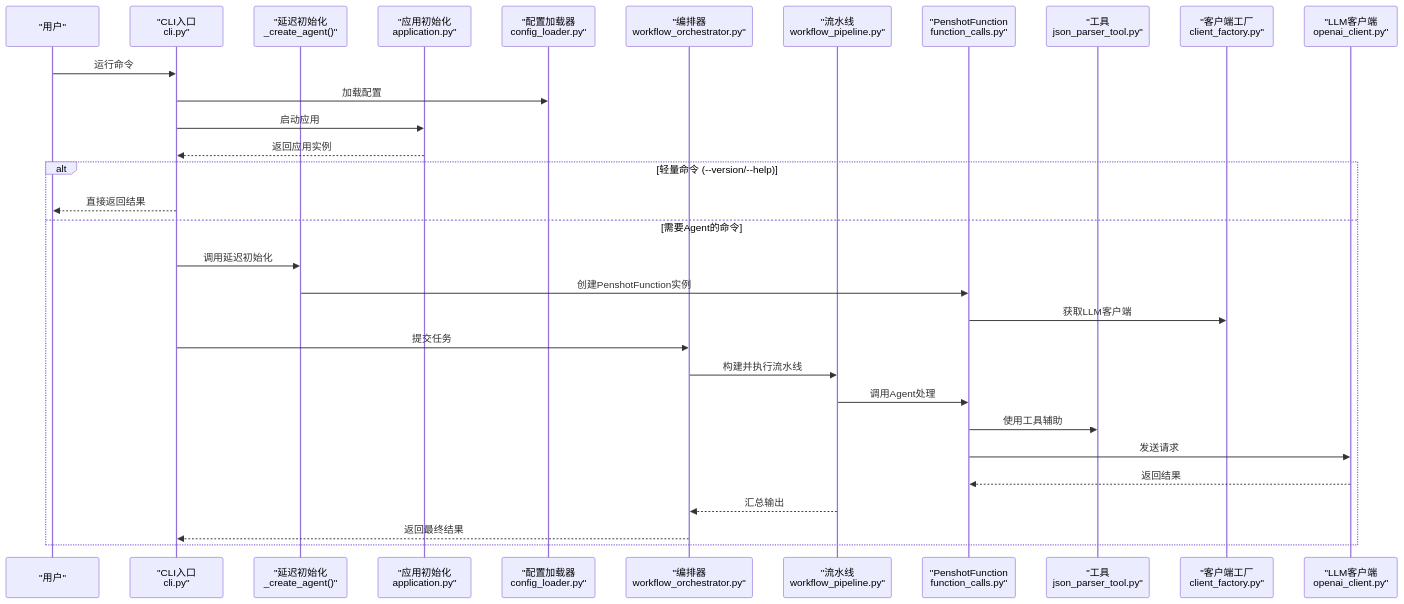
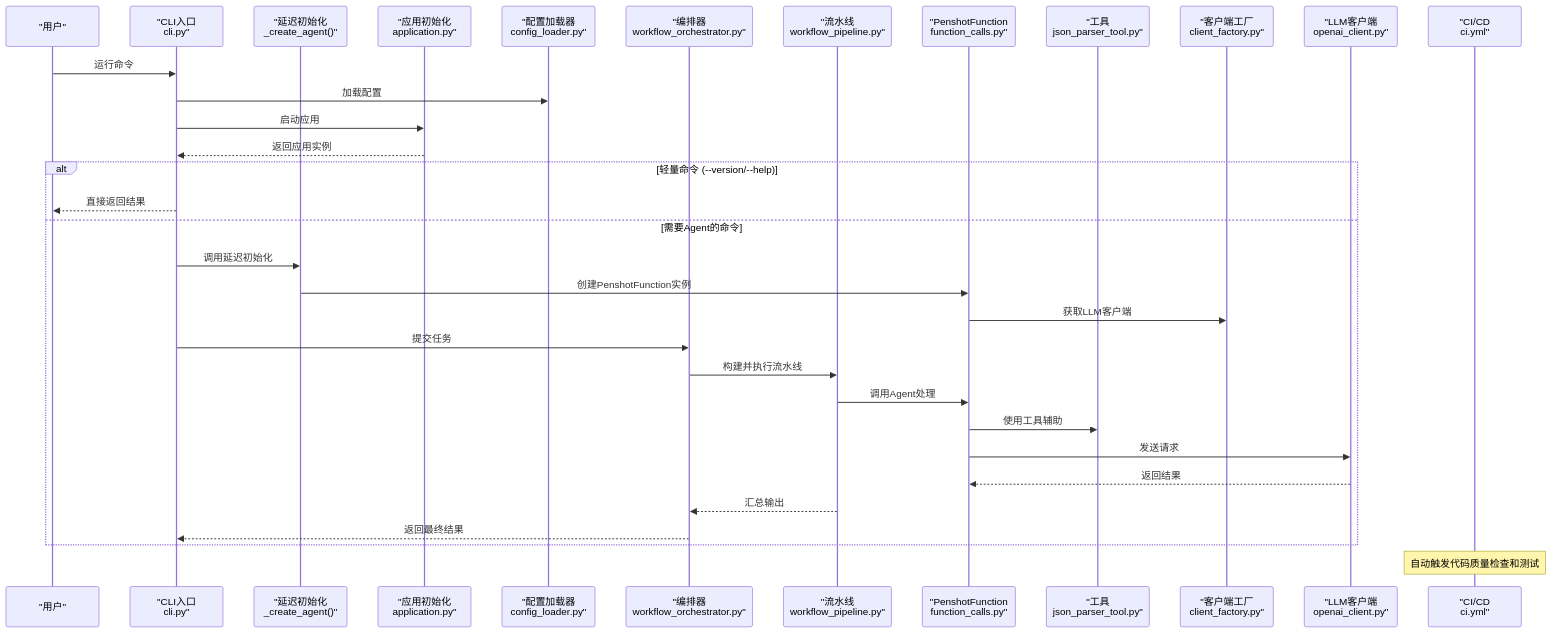
One commit to HengLine/tool-shot-agent changed the second of 10 diagrams in .qoder/repowiki/zh/content/开发指南/开发指南.md. Above: the diagram before and after it, drawn with Mermaid. The commit also changed other lines of this file and 9 other files, not shown here.

````diff
--- a/.qoder/repowiki/zh/content/开发指南/开发指南.md
+++ b/.qoder/repowiki/zh/content/开发指南/开发指南.md
@@ -159,33 +183,35 @@
 ```mermaid
 sequenceDiagram
 participant U as "用户"
 participant CLI as "CLI入口<br/>cli.py"
 participant LAZY as "延迟初始化<br/>_create_agent()"
 participant APP as "应用初始化<br/>application.py"
 participant CFG as "配置加载器<br/>config_loader.py"
 participant ORCH as "编排器<br/>workflow_orchestrator.py"
 participant PIPE as "流水线<br/>workflow_pipeline.py"
 participant AG as "PenshotFunction<br/>function_calls.py"
 participant TOOL as "工具<br/>json_parser_tool.py"
 participant CF as "客户端工厂<br/>client_factory.py"
 participant CL as "LLM客户端<br/>openai_client.py"
+participant CI as "CI/CD<br/>ci.yml"
 U->>CLI : 运行命令
 CLI->>CFG : 加载配置
 CLI->>APP : 启动应用
 APP-->>CLI : 返回应用实例
 alt 轻量命令 (--version/--help)
 CLI-->>U : 直接返回结果
 else 需要Agent的命令
 CLI->>LAZY : 调用延迟初始化
 LAZY->>AG : 创建PenshotFunction实例
 AG->>CF : 获取LLM客户端
 CLI->>ORCH : 提交任务
 ORCH->>PIPE : 构建并执行流水线
 PIPE->>AG : 调用Agent处理
 AG->>TOOL : 使用工具辅助
 AG->>CL : 发送请求
 CL-->>AG : 返回结果
 PIPE-->>ORCH : 汇总输出
 ORCH-->>CLI : 返回最终结果
 end
+Note over CI : 自动触发代码质量检查和测试
 ```
````
